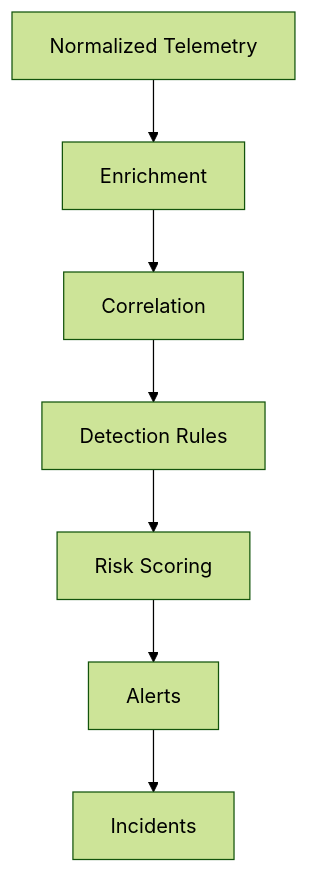
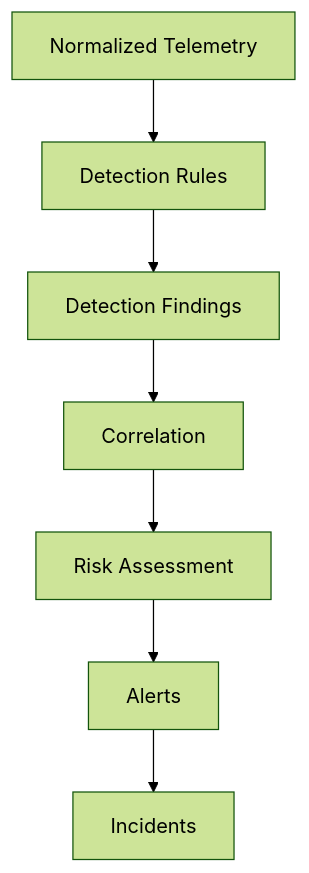
Diagram 21 of 23 in docs/01_System_Architecture.md (Hilliam1/Telemetry-Platform), drawn with Mermaid (forest theme) before and after one commit. The commit also changed other lines of this file and 6 other files, not shown here.

````diff
--- a/docs/01_System_Architecture.md
+++ b/docs/01_System_Architecture.md
@@ -696,9 +700,9 @@
 ```mermaid
 flowchart TD
- A[Normalized Telemetry] --> B[Enrichment]
- B --> C[Correlation]
- C --> D[Detection Rules]
- D --> E[Risk Scoring]
+ A[Normalized Telemetry] --> B[Detection Rules]
+ B --> C[Detection Findings]
+ C --> D[Correlation]
+ D --> E[Risk Assessment]
  E --> F[Alerts]
  F --> G[Incidents]
 ```
````
